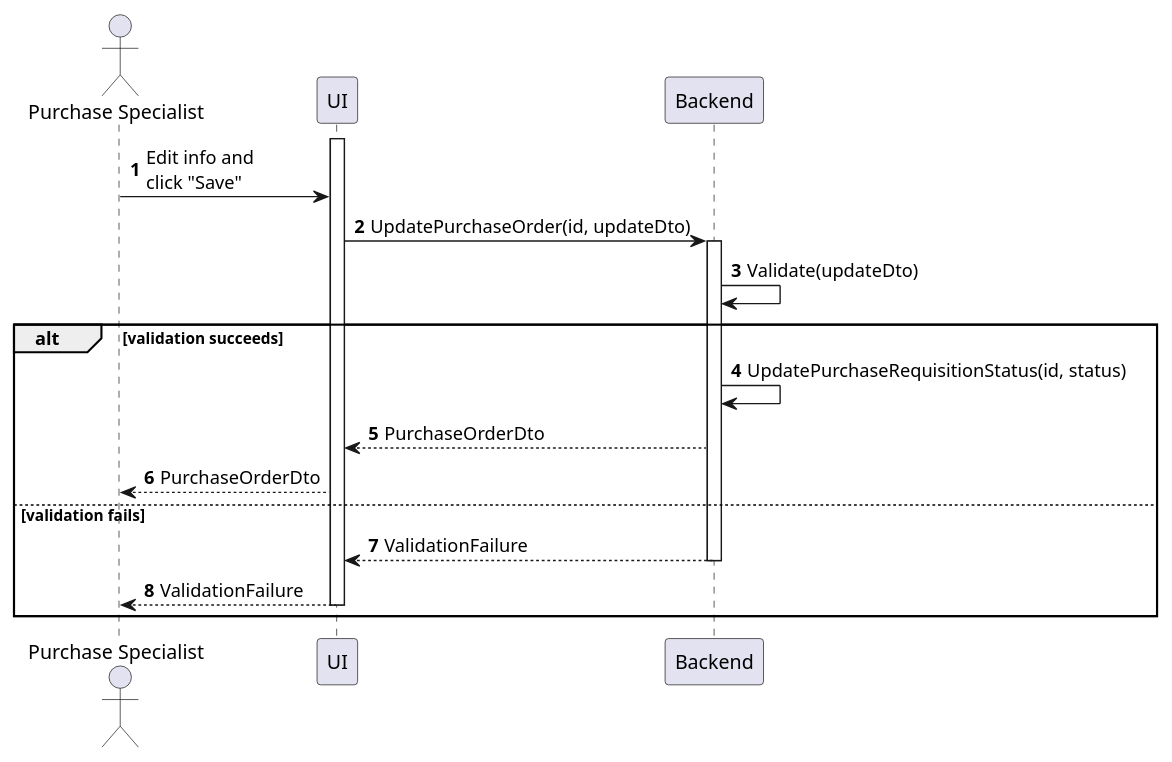
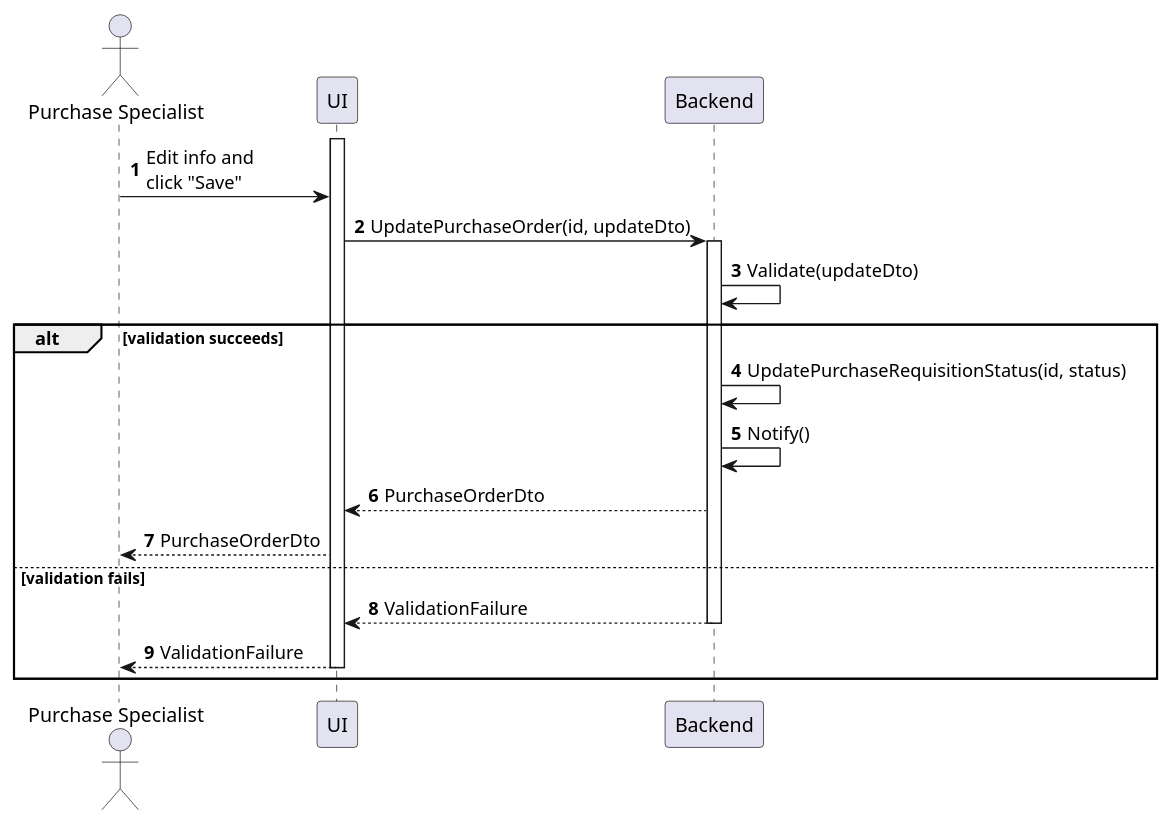
The diagram in sequences/purchase-order-update.plantuml (phihungha/scmss-reqs), drawn with PlantUML before and after one commit. The commit also changed 3 other files, not shown here.

```diff
--- a/sequences/purchase-order-update.plantuml
+++ b/sequences/purchase-order-update.plantuml
@@ -1,23 +1,24 @@
 @startuml purchase-order-update
 autonumber
 
 actor "Purchase Specialist" as a
 participant UI as f
 participant Backend as b
 
 activate f
 a -> f : Edit info and\nclick "Save"
 f -> b : UpdatePurchaseOrder(id, updateDto)
 activate b
 b -> b : Validate(updateDto)
 
 alt validation succeeds
     b -> b : UpdatePurchaseRequisitionStatus(id, status)
+    b -> b : Notify()
     b --> f : PurchaseOrderDto
     f --> a : PurchaseOrderDto
 else validation fails
     return ValidationFailure
     f --> a : ValidationFailure
     deactivate f
 end
 @enduml
```
